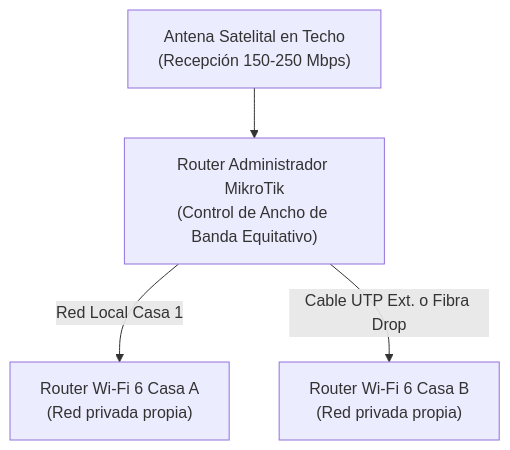
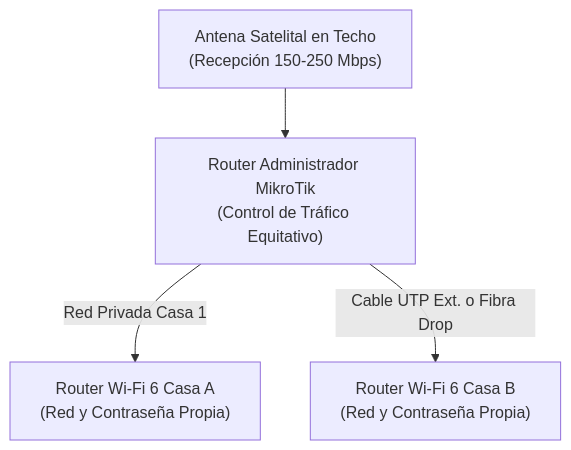
One commit to luisbrioness-arch/hogartv changed the diagram in src/content/articles/instalacion-internet-satelital-rural-chile-redes-parcelas.mdx. Above: the diagram before and after it, drawn with Mermaid. The commit also changed other lines of this file and 66 other files, not shown here.

````diff
--- a/src/content/articles/instalacion-internet-satelital-rural-chile-redes-parcelas.mdx
+++ b/src/content/articles/instalacion-internet-satelital-rural-chile-redes-parcelas.mdx
@@ -145,6 +221,6 @@
 ```mermaid
 flowchart TD
-    SAT["Antena Satelital en Techo<br>(Recepción 150-250 Mbps)"] --> MIK["Router Administrador MikroTik<br>(Control de Ancho de Banda Equitativo)"]
-    MIK -->|"Red Local Casa 1"| R1["Router Wi-Fi 6 Casa A<br>(Red privada propia)"]
-    MIK -->|"Cable UTP Ext. o Fibra Drop"| R2["Router Wi-Fi 6 Casa B<br>(Red privada propia)"]
+    SAT["Antena Satelital en Techo<br>(Recepción 150-250 Mbps)"] --> MIK["Router Administrador MikroTik<br>(Control de Tráfico Equitativo)"]
+    MIK -->|"Red Privada Casa 1"| R1["Router Wi-Fi 6 Casa A<br>(Red y Contraseña Propia)"]
+    MIK -->|"Cable UTP Ext. o Fibra Drop"| R2["Router Wi-Fi 6 Casa B<br>(Red y Contraseña Propia)"]
 ```
````
